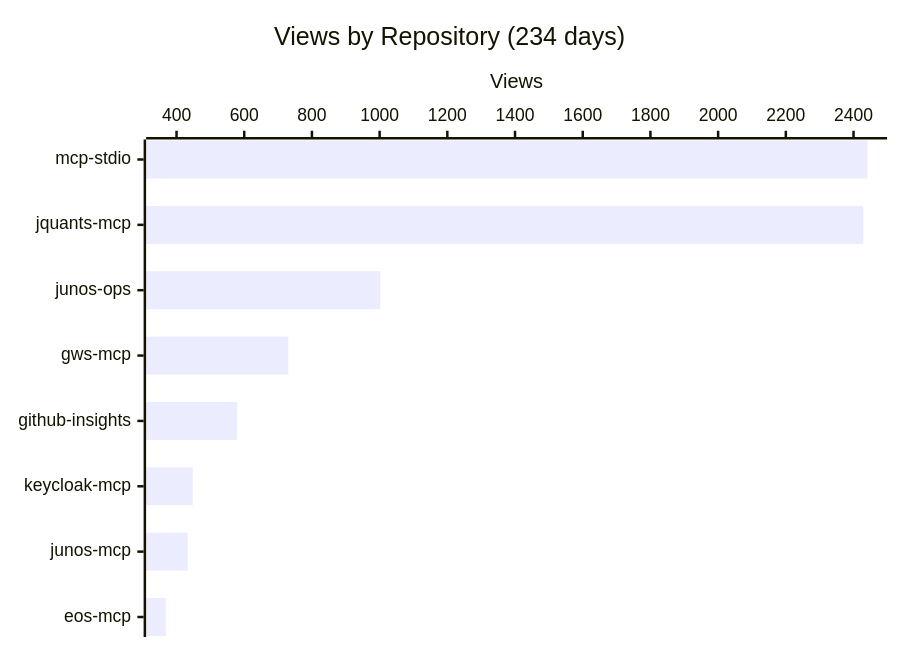
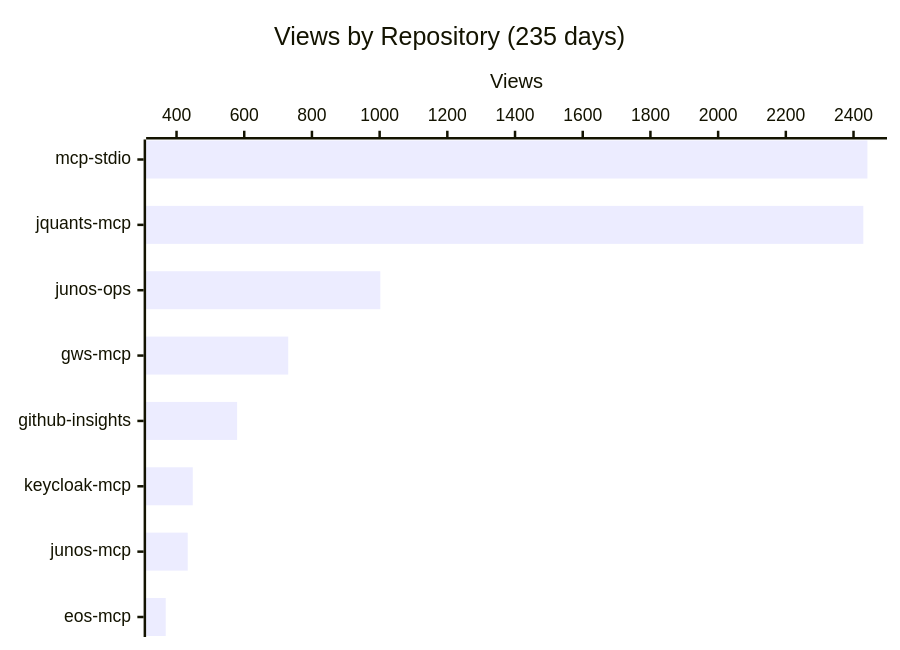
Before and after one commit to shigechika/github-insights: the first of 4 diagrams in README.md, drawn with Mermaid. The commit also changed other lines of this file and 1 other file, not shown here.

````diff
--- a/README.md
+++ b/README.md
@@ -18,7 +18,7 @@
 ```mermaid
 xychart-beta horizontal
-    title "Views by Repository (234 days)"
+    title "Views by Repository (235 days)"
     x-axis ["mcp-stdio", "jquants-mcp", "junos-ops", "gws-mcp", "github-insights", "keycloak-mcp", "junos-mcp", "eos-mcp"]
     y-axis "Views"
     bar [2441, 2429, 1002, 730, 579, 448, 433, 368]
 ```
````
